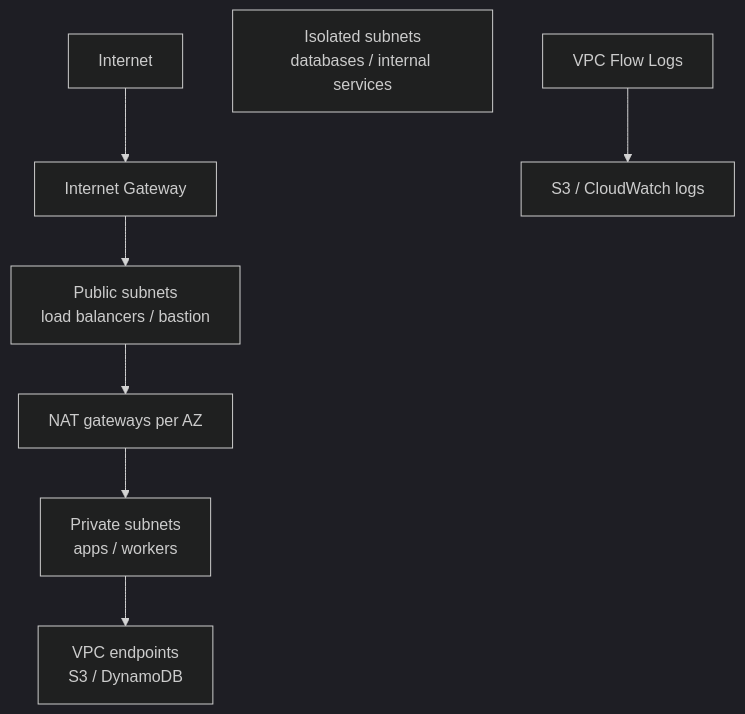
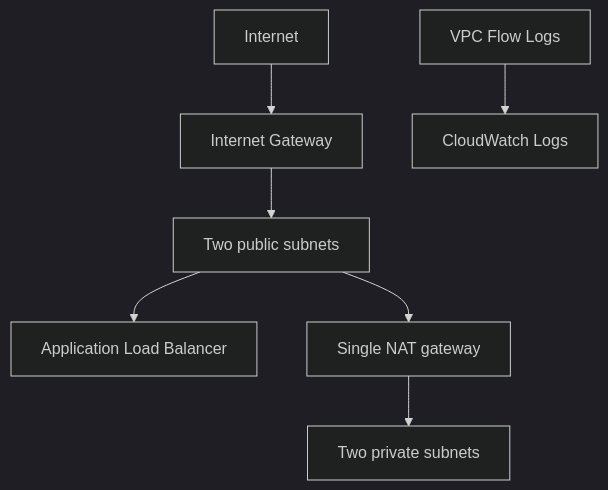
Before and after one commit to giselleevita/terraform-aws-secure-vpc: the diagram in README.md, drawn with Mermaid (dark theme). The commit also changed other lines of this file and 2 other files, not shown here.

Commit message:
Clarify VPC module scope

````diff
--- a/README.md
+++ b/README.md
@@ -30,10 +28,9 @@
 ```mermaid
 flowchart TD
     Internet[Internet] --> IGW[Internet Gateway]
-    IGW --> Public[Public subnets<br/>load balancers / bastion]
-    Public --> NAT[NAT gateways per AZ]
-    NAT --> Private[Private subnets<br/>apps / workers]
-    Private --> Endpoints[VPC endpoints<br/>S3 / DynamoDB]
-    Isolated[Isolated subnets<br/>databases / internal services]
-    VPC[VPC Flow Logs] --> Logs[S3 / CloudWatch logs]
+    IGW --> Public[Two public subnets]
+    Public --> ALB[Application Load Balancer]
+    Public --> NAT[Single NAT gateway]
+    NAT --> Private[Two private subnets]
+    VPC[VPC Flow Logs] --> CW[CloudWatch Logs]
 ```
````
